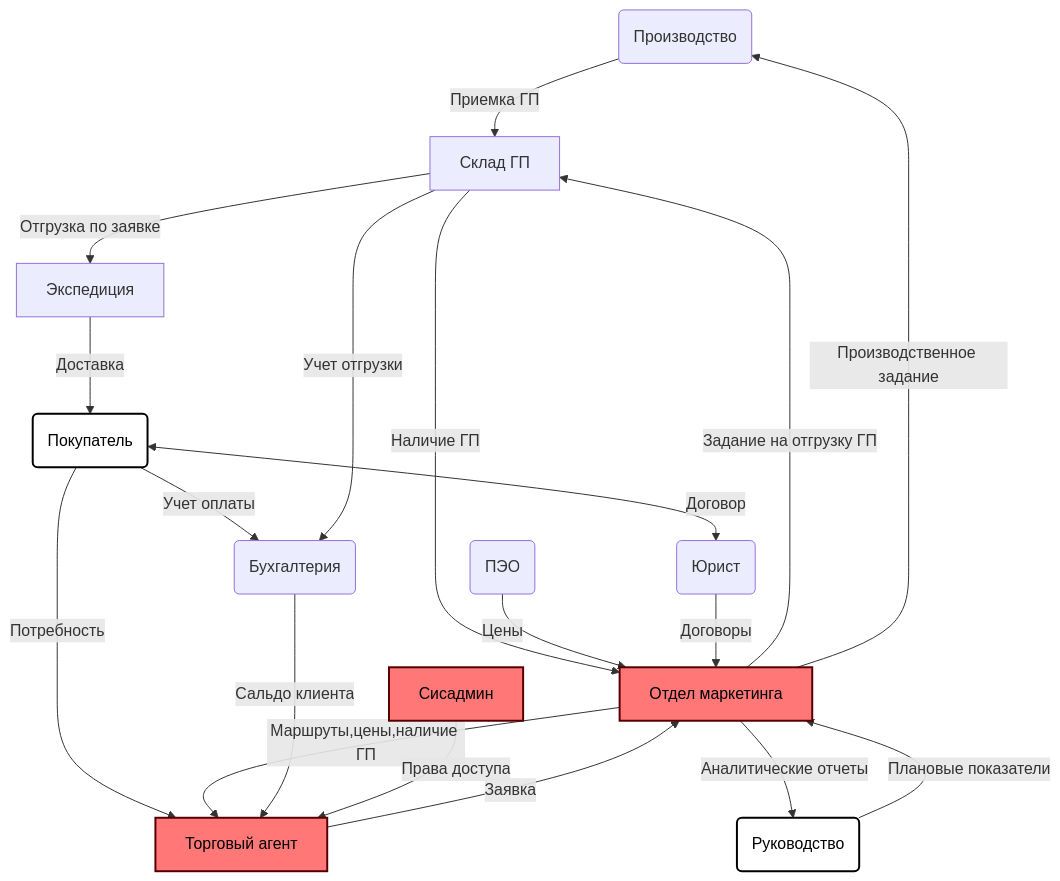
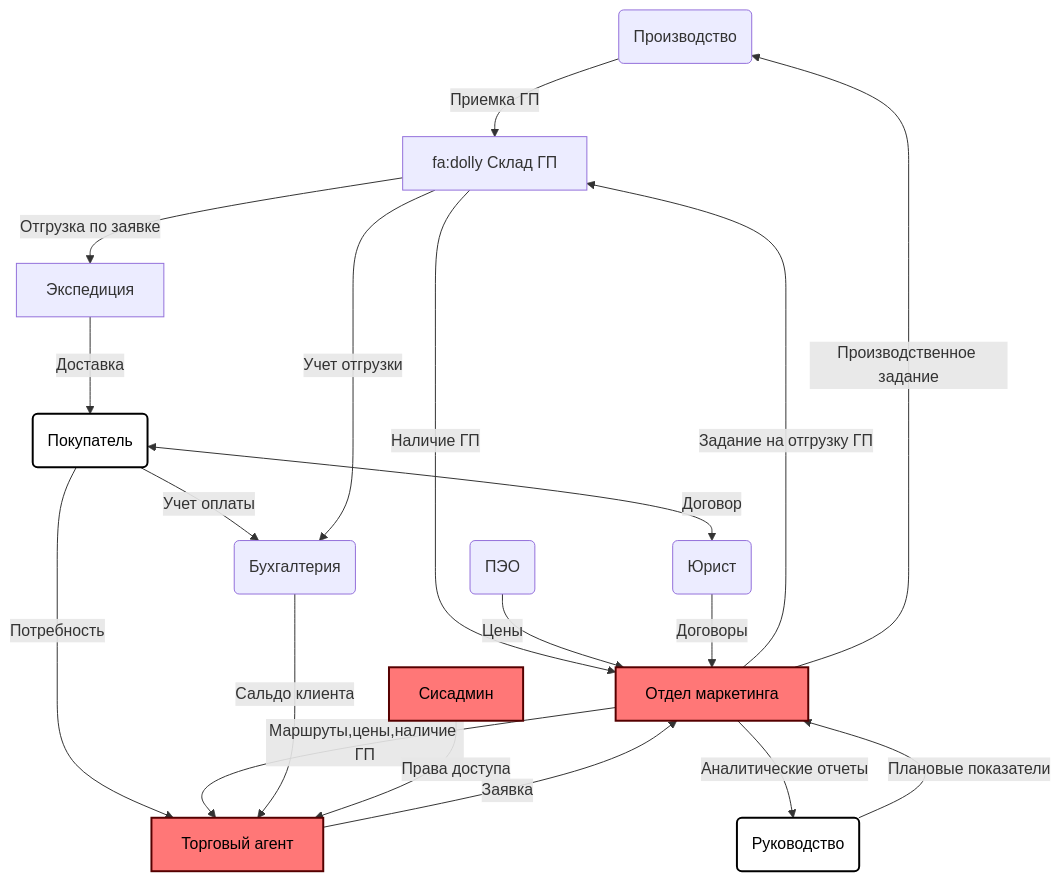
The diagram in apps/app-trade-agents/README.MD (stasgm/gdmn-mob), drawn with Mermaid before and after one commit.

````diff
--- a/apps/app-trade-agents/README.MD
+++ b/apps/app-trade-agents/README.MD
@@ -12,27 +12,27 @@
 ```mermaid
 
 flowchart TD;
-    A(Производство)--Приемка ГП-->B[Склад ГП];
+    A(Производство)--Приемка ГП-->B[fa:dolly Склад ГП];
     B--Наличие ГП-->M;
     B--Отгрузка по заявке-->D[Экспедиция];
     D--Доставка-->E(Покупатель);
     E--Потребность-->T[Торговый агент];
     E--Учет оплаты-->Acc(Бухгалтерия);
     M[Отдел маркетинга]--Маршруты,цены,наличие ГП-->T;
     M--Задание на отгрузку ГП-->B;
     Acc--Сальдо клиента-->T;
     T--Заявка-->M;
     P(ПЭО)--Цены-->M;
     M--Производственное задание-->A;
     B--Учет отгрузки-->Acc;
     M--Аналитические отчеты-->Mngmt(Руководство);
     Mngmt(Руководство)--Плановые показатели-->M;
     U(Юрист)--Договоры-->M;
     E<--Договор-->U;
     S[Сисадмин]--Права доступа-->T;
 
     classDef core fill:#ff7777,color:#000,stroke:#550000,stroke-width:2px;
     classDef outlier fill:#ffffff,color:#000,stroke:#000000,stroke-width:2px,stroke-daskarray: 5, 5;
     class T,S,M core;
     class E,Mngmt outlier;
 ```
````
